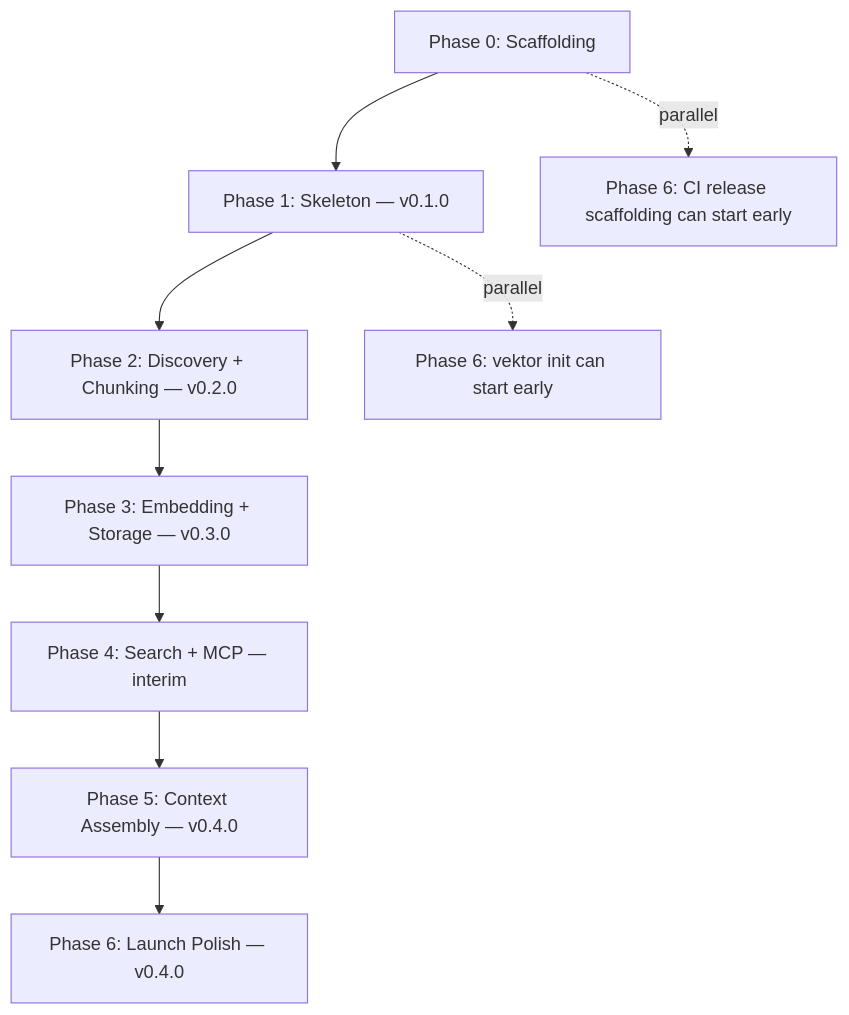
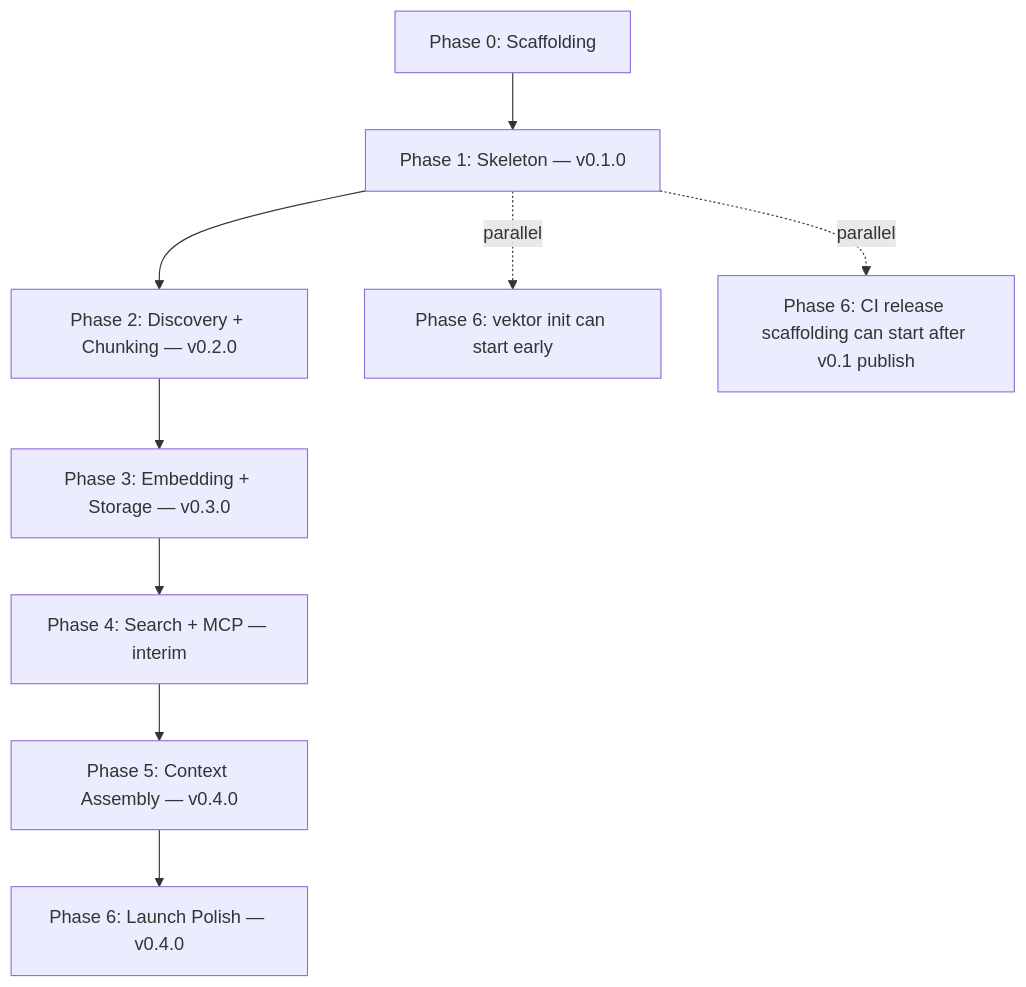
One commit to MachineLearning-Nerd/vektor changed the first of 2 diagrams in docs/plans/initial/DEPENDENCIES.md. Above: the diagram before and after it, drawn with Mermaid. The commit also changed other lines of this file and 33 other files, not shown here.

````diff
--- a/docs/plans/initial/DEPENDENCIES.md
+++ b/docs/plans/initial/DEPENDENCIES.md
@@ -20,20 +20,20 @@
 ```mermaid
 graph TD
     P0[Phase 0: Scaffolding]
     P1[Phase 1: Skeleton — v0.1.0]
     P2[Phase 2: Discovery + Chunking — v0.2.0]
     P3[Phase 3: Embedding + Storage — v0.3.0]
     P4[Phase 4: Search + MCP — interim]
     P5[Phase 5: Context Assembly — v0.4.0]
     P6[Phase 6: Launch Polish — v0.4.0]
 
     P0 --> P1
     P1 --> P2
     P2 --> P3
     P3 --> P4
     P4 --> P5
     P5 --> P6
 
     P1 -.parallel.-> P6L[Phase 6: vektor init can start early]
-    P0 -.parallel.-> P6C[Phase 6: CI release scaffolding can start early]
+    P1 -.parallel.-> P6C[Phase 6: CI release scaffolding can start after v0.1 publish]
 ```
````
